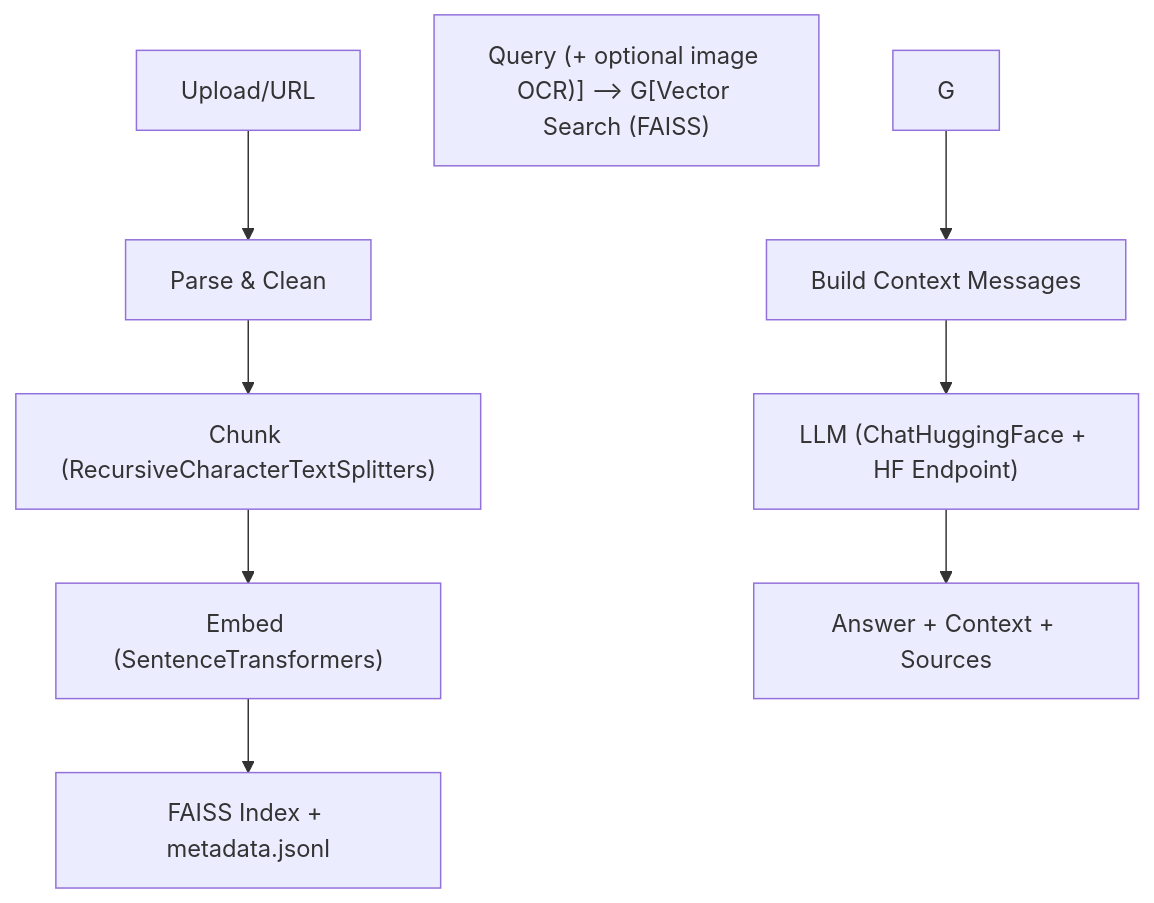
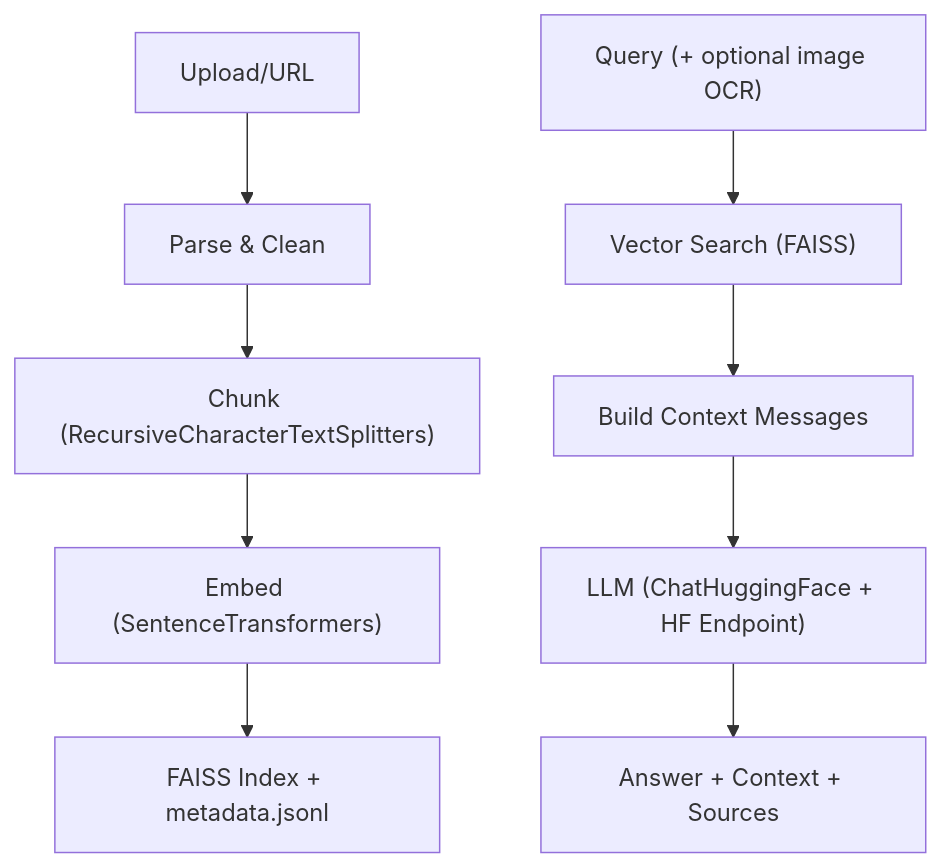
One commit to MuhtasimJawad/Smart-Rag-Api changed the diagram in README.md. Above: the diagram before and after it, drawn with Mermaid. The commit also changed other lines of this file, not shown here.

Commit message:
Update README with enhanced formatting and details

````diff
--- a/README.md
+++ b/README.md
@@ -32,11 +32,11 @@
 ```mermaid
 flowchart TD
     A[Upload/URL] --> B[Parse & Clean]
     B --> C["Chunk (RecursiveCharacterTextSplitters)"]
     C --> D["Embed (SentenceTransformers)"]
     D --> E["FAISS Index + metadata.jsonl"]
-    F["Query (+ optional image OCR)] --> G[Vector Search (FAISS)"]
+    F["Query (+ optional image OCR)"] --> G["Vector Search (FAISS)"]
     G --> H["Build Context Messages"]
     H --> I["LLM (ChatHuggingFace + HF Endpoint)"]
     I --> J["Answer + Context + Sources"]
 ```
````
